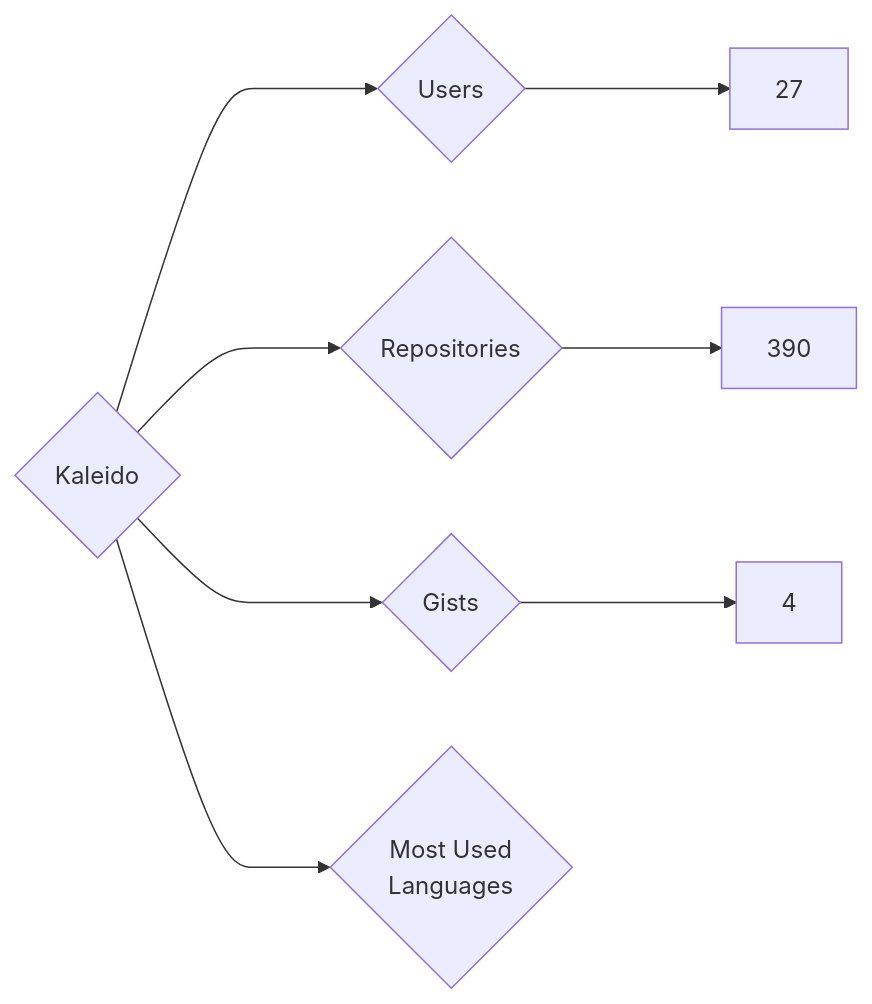
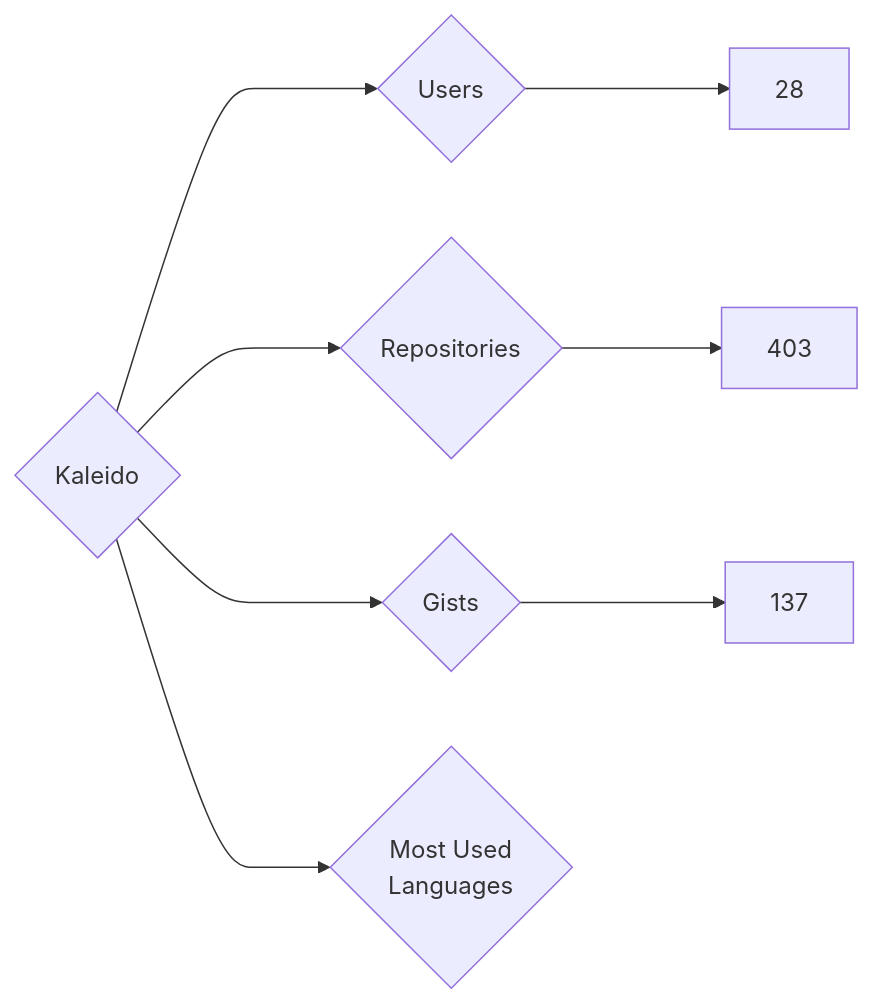
One commit to nenadzaric/insiders changed the diagram in targets/Kaleido/README.md. Above: the diagram before and after it, drawn with Mermaid. The commit also changed 1342 other files, not shown here.

````diff
--- a/targets/Kaleido/README.md
+++ b/targets/Kaleido/README.md
@@ -3,8 +3,8 @@
 ```mermaid
 graph LR
 COMPANY_NAME{Kaleido}
-COMPANY_NAME ---> U{Users} ---> UN[27]
-COMPANY_NAME ---> R{Repositories} ---> RN[390]
-COMPANY_NAME ---> G{Gists} ---> GN[4]
+COMPANY_NAME ---> U{Users} ---> UN[28]
+COMPANY_NAME ---> R{Repositories} ---> RN[403]
+COMPANY_NAME ---> G{Gists} ---> GN[137]
 COMPANY_NAME ---> ML{Most Used<br>Languages}
 ```
````
